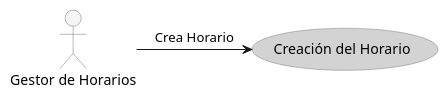
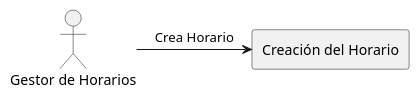
The diagram in Casos de Uso/Creacion del horario.puml (FernandoWilliam26/23-24-IdSw1-SDR), drawn with PlantUML before and after one commit. The commit also changed 1 other file, not shown here.

Commit message:
Cambiando caso de horario

```diff
--- a/Casos de Uso/Creacion del horario.puml
+++ b/Casos de Uso/Creacion del horario.puml
@@ -1,18 +1,6 @@
 @startuml
+actor "Gestor de Horarios" as User
+rectangle "Creación del Horario" as CreacionDelHorario
 
-skinparam usecase {
-  BackgroundColor #D3D3D3  
-  BorderColor #808080     
-}
-
-skinparam actor {
-  BackgroundColor #f5f5f5
-  BorderColor #757575
-}
-
-actor "Gestor de Horarios" as Gestor
-usecase "Creación del Horario" as Creacion
-
-Gestor -right-> Creacion : Crea Horario
-
+User -> CreacionDelHorario : Crea Horario
 @enduml
```
